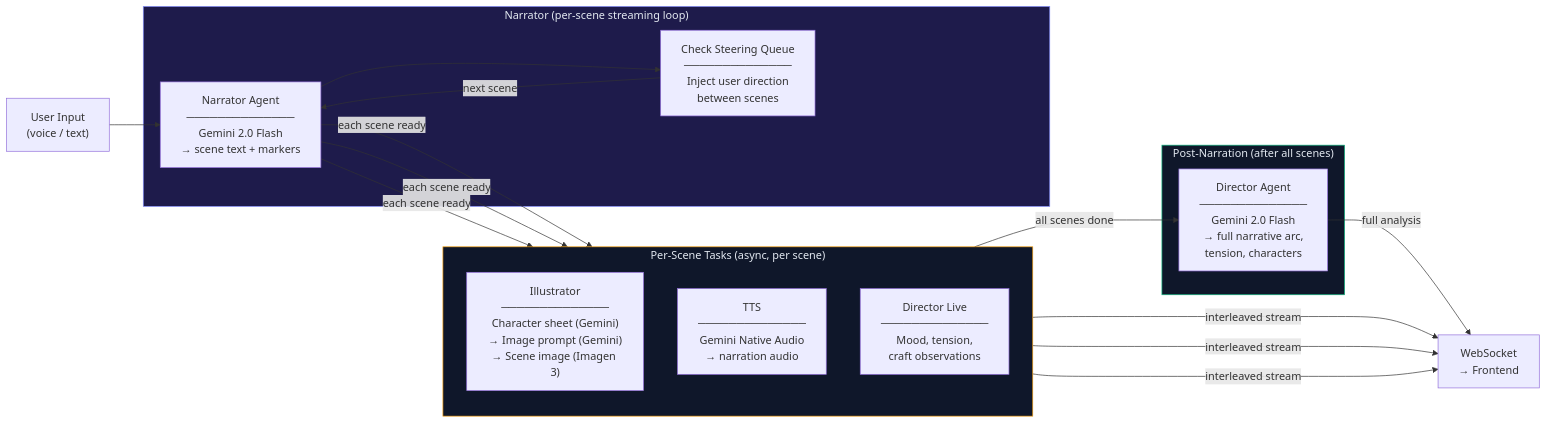
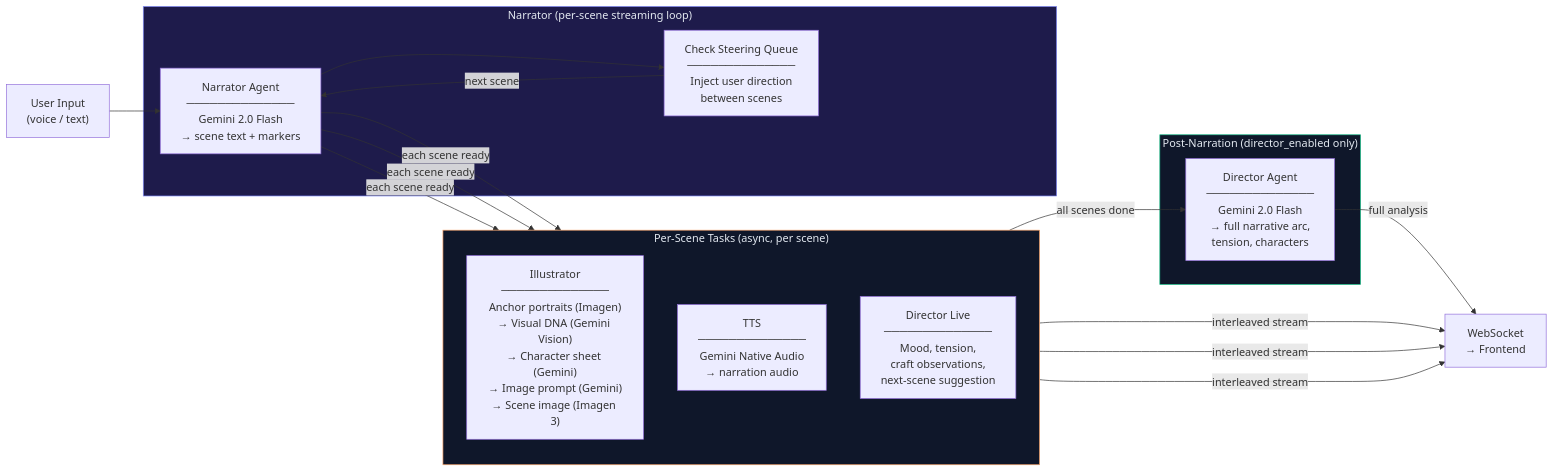
Before and after one commit to Dileep2896/reveria: the fourth of 8 diagrams in README.md, drawn with Mermaid. The commit also changed other lines of this file and 68 other files, not shown here.

````diff
--- a/README.md
+++ b/README.md
@@ -488,34 +501,34 @@
 ```mermaid
 flowchart LR
     Input["User Input<br/>(voice / text)"] --> Narrator
 
     subgraph NarratorLoop["Narrator (per-scene streaming loop)"]
         Narrator["Narrator Agent<br/>──────────────<br/>Gemini 2.0 Flash<br/>→ scene text + markers"]
         Steering["Check Steering Queue<br/>──────────────<br/>Inject user direction<br/>between scenes"]
         Narrator --> Steering
         Steering -->|"next scene"| Narrator
     end
 
     subgraph PerSceneTasks["Per-Scene Tasks (async, per scene)"]
         direction TB
-        Illustrator["Illustrator<br/>──────────────<br/>Character sheet (Gemini)<br/>→ Image prompt (Gemini)<br/>→ Scene image (Imagen 3)"]
+        Illustrator["Illustrator<br/>──────────────<br/>Anchor portraits (Imagen)<br/>→ Visual DNA (Gemini Vision)<br/>→ Character sheet (Gemini)<br/>→ Image prompt (Gemini)<br/>→ Scene image (Imagen 3)"]
         TTSAgent["TTS<br/>──────────────<br/>Gemini Native Audio<br/>→ narration audio"]
-        DirectorLive["Director Live<br/>──────────────<br/>Mood, tension,<br/>craft observations"]
+        DirectorLive["Director Live<br/>──────────────<br/>Mood, tension,<br/>craft observations,<br/>next-scene suggestion"]
     end
 
-    subgraph PostNarration["Post-Narration (after all scenes)"]
+    subgraph PostNarration["Post-Narration (director_enabled only)"]
         Director["Director Agent<br/>──────────────<br/>Gemini 2.0 Flash<br/>→ full narrative arc,<br/>tension, characters"]
     end
 
     Narrator -->|"each scene ready"| Illustrator
     Narrator -->|"each scene ready"| TTSAgent
     Narrator -->|"each scene ready"| DirectorLive
     PerSceneTasks -->|"all scenes done"| Director
 
     Illustrator & TTSAgent & DirectorLive -->|"interleaved stream"| WS["WebSocket<br/>→ Frontend"]
     Director -->|"full analysis"| WS
 
     style NarratorLoop fill:#1e1b4b,stroke:#818cf8,color:#e2e8f0
-    style PerSceneTasks fill:#0f172a,stroke:#f59e0b,color:#e2e8f0
+    style PerSceneTasks fill:#0f172a,stroke:#ffa86c,color:#e2e8f0
     style PostNarration fill:#0f172a,stroke:#10b981,color:#e2e8f0
 ```
````
